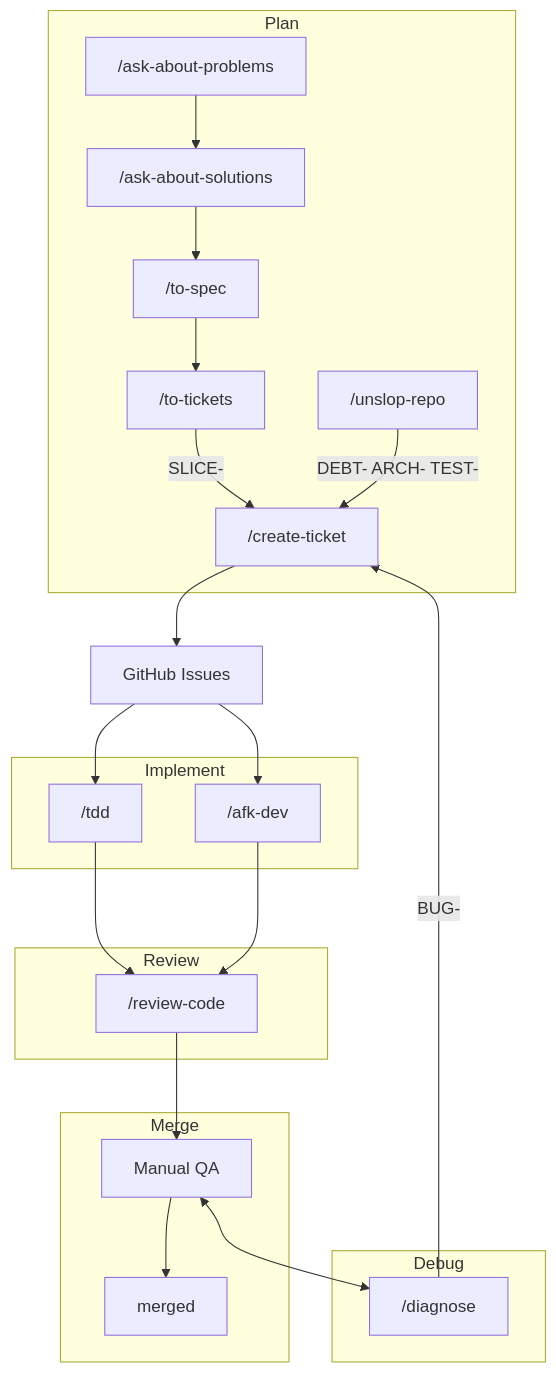
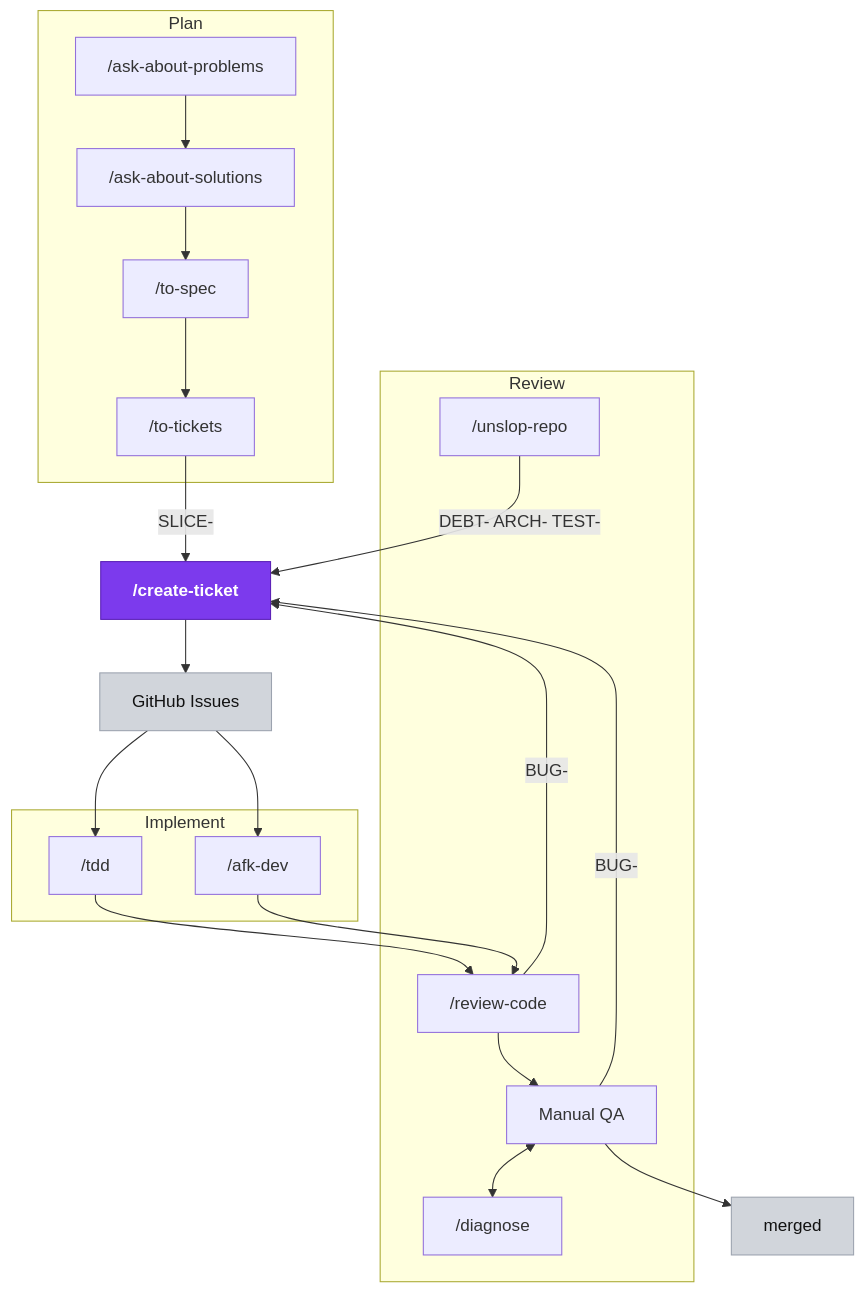
The diagram in README.md (mskhmelik/agent-skills), drawn with Mermaid before and after one commit. The commit also changed other lines of this file and 1 other file, not shown here.

Commit message:
docs: regroup workflow mermaid — 3 stages + standalone create-ticket hub (#14)
Per feedback, restructure the diagram (README + init-docs template):
- Boxes are Plan / Implement / Review only.
  - Plan = /ask-about-problems → /ask-about-solutions → /to-spec → /to-tickets.
  - Review = /review-code → Manual QA, /diagnose (⇄ Manual QA loop), /unslop-repo.
- /create-ticket is standalone and styled as the hub it is — every ticket
  producer files into it: to-tickets (SLICE-), unslop (DEBT- ARCH- TEST-),
  review-code + Manual QA (BUG-). Slices/features arrive through the solution
  flow (Plan → SLICE-); bugs from Review.
- GitHub Issues and merged are standalone artifacts (same grey style), outside
  every box.
- Rendered to PNG and inspected: no crossing lines; hub/artifact styling reads
  cleanly on light and dark.

Same diagram in both files (byte-identical); both render. Validator 19/0/0.

````diff
--- a/README.md
+++ b/README.md
@@ -53,34 +53,36 @@
 ```mermaid
 flowchart TB
   subgraph plan [Plan]
     aap["/ask-about-problems"] --> aas["/ask-about-solutions"]
     aas --> spec["/to-spec"]
     spec --> tix["/to-tickets"]
-    unslop["/unslop-repo"]
-    ct["/create-ticket"]
-    tix -->|"SLICE-"| ct
-    unslop -->|"DEBT- ARCH- TEST-"| ct
   end
+  ct["/create-ticket"]
   issues["GitHub Issues"]
   subgraph implement [Implement]
     tdd["/tdd"]
     afk["/afk-dev"]
   end
   subgraph review [Review]
-    rc["/review-code"]
+    rc["/review-code"] --> qa["Manual QA"]
+    qa <--> dg["/diagnose"]
+    unslop["/unslop-repo"]
   end
-  subgraph debug [Debug]
-    dg["/diagnose"]
-  end
-  subgraph merge [Merge]
-    qa["Manual QA"] --> mg["merged"]
-  end
+  merged["merged"]
+
+  tix -->|"SLICE-"| ct
   ct --> issues
   issues --> tdd
   issues --> afk
   tdd --> rc
   afk --> rc
-  rc --> qa
-  qa <--> dg
-  dg -->|"BUG-"| ct
+  unslop -->|"DEBT- ARCH- TEST-"| ct
+  rc -->|"BUG-"| ct
+  qa -->|"BUG-"| ct
+  qa --> merged
+
+  classDef hub fill:#7c3aed,stroke:#5b21b6,color:#fff,font-weight:bold
+  classDef artifact fill:#d1d5db,stroke:#9ca3af,color:#111
+  class ct hub
+  class issues,merged artifact
 ```
````
